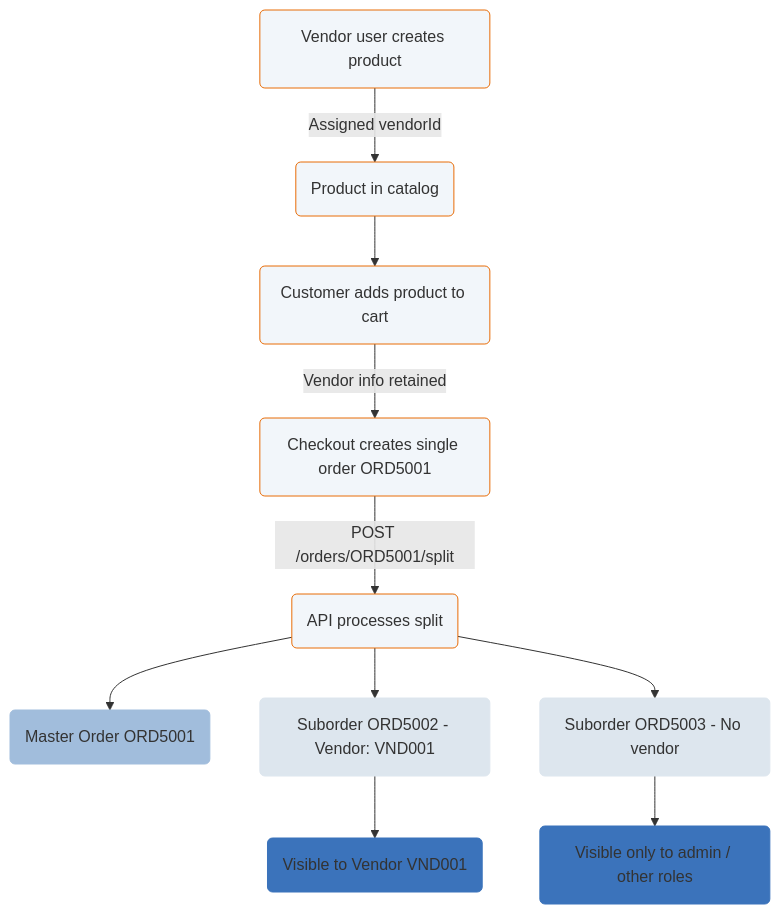
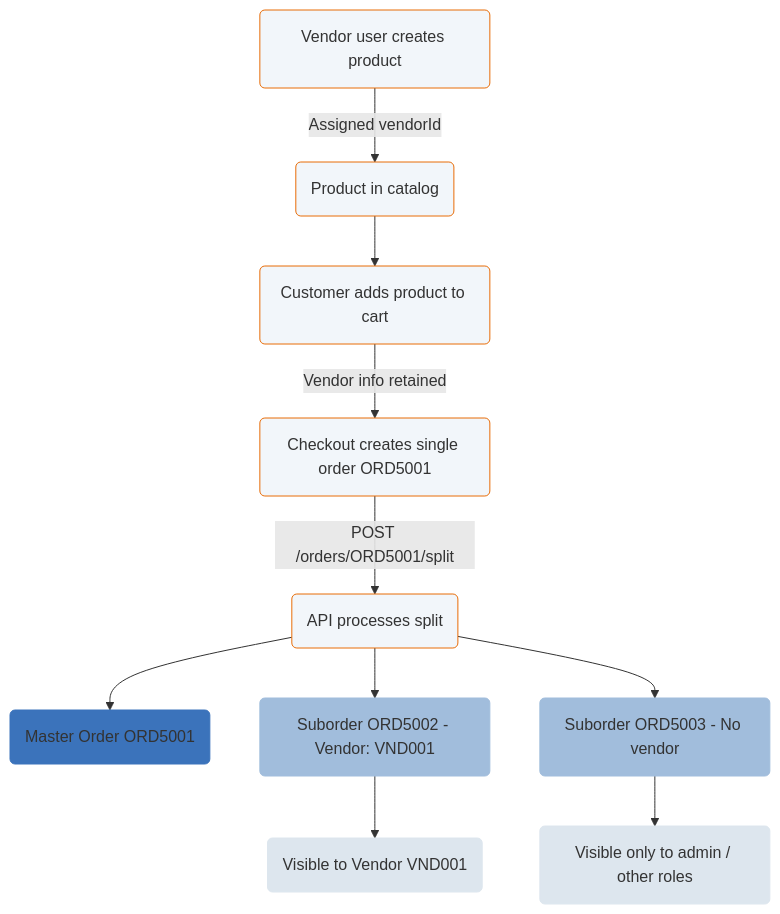
The diagram in companies-and-customers/vendor-service/vendor.md (emporix/api-references), drawn with Mermaid before and after one commit. The commit also changed other lines of this file, not shown here.

````diff
--- a/companies-and-customers/vendor-service/vendor.md
+++ b/companies-and-customers/vendor-service/vendor.md
@@ -419,42 +421,42 @@
 ```mermaid
 ---
 config:
   layout: fixed
   theme: default
   look: classic
 ---
 flowchart TD
     A[Vendor user creates product] -->|Assigned vendorId| B[Product in catalog]
     B --> C[Customer adds product to cart]
     C -->|Vendor info retained| D[Checkout creates single order ORD5001]
     D -->|POST /orders/ORD5001/split| E[API processes split]
     E --> F[Master Order ORD5001]
     E --> G[Suborder ORD5002 - Vendor: VND001]
     E --> H[Suborder ORD5003 - No vendor]
     G --> I[Visible to Vendor VND001]
     H --> J[Visible only to admin / other roles]
       A@{ shape: rounded}
       B@{ shape: rounded}
       C@{ shape: rounded}
       D@{ shape: rounded}
       E@{ shape: rounded}
       F@{ shape: rounded}
       G@{ shape: rounded}
       H@{ shape: rounded}
       I@{ shape: rounded}
       J@{ shape: rounded}
       A:::Class_04
       B:::Class_04
       C:::Class_04
       D:::Class_04
       E:::Class_04
-      F:::Class_01
-      G:::Class_02
-      H:::Class_02
-      I:::Class_03
-      J:::Class_03
+      F:::Class_03
+      G:::Class_01
+      H:::Class_01
+      I:::Class_02
+      J:::Class_02
     classDef Class_02 stroke-width:1px, stroke-dasharray: 0, stroke:#DDE6EE, fill:#DDE6EE
     classDef Class_01 stroke-width:1px, stroke-dasharray: 0, stroke:#A1BDDC, fill:#A1BDDC
     classDef Class_03 stroke-width:1px, stroke-dasharray: 0, stroke:#3b73bb, fill:#3b73bb
     classDef Class_04 fill:#F2F6FA, stroke:#E86C07
 ```
````
